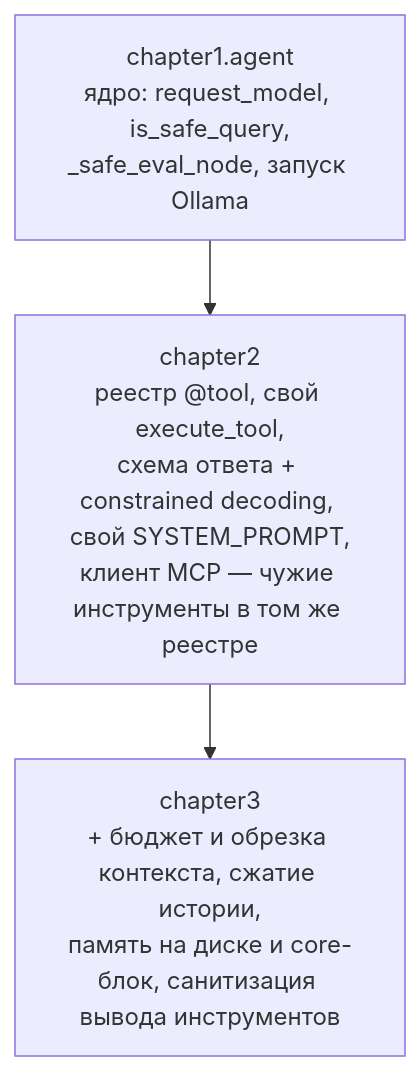
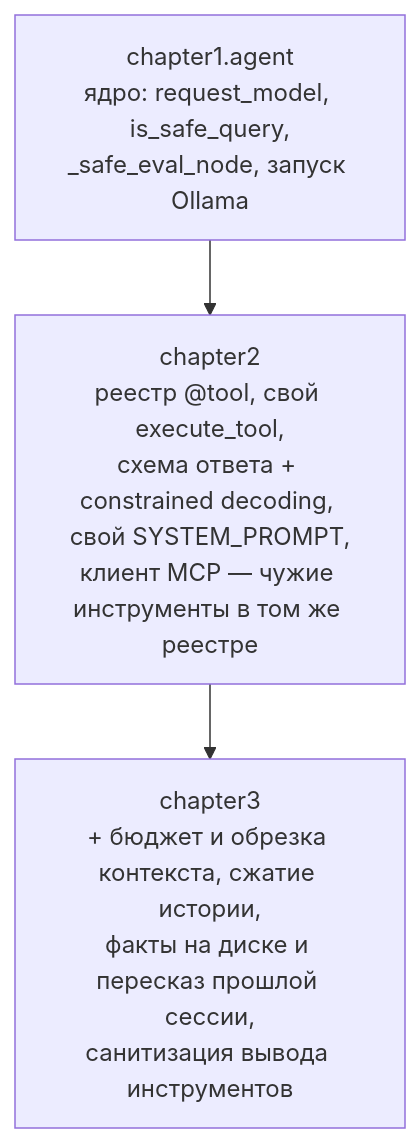
Before and after one commit to io982/firstAgent: the diagram in README.md, drawn with Mermaid. The commit also changed other lines of this file and 13 other files, not shown here.

````diff
--- a/README.md
+++ b/README.md
@@ -360,6 +360,6 @@
 ```mermaid
 graph TD
     Base["chapter1.agent<br/>ядро: request_model, is_safe_query,<br/>_safe_eval_node, запуск Ollama"]
     Base --> Ch2["chapter2<br/>реестр @tool, свой execute_tool,<br/>схема ответа + constrained decoding, свой SYSTEM_PROMPT,<br/>клиент MCP — чужие инструменты в том же реестре"]
-    Ch2 --> Ch3["chapter3<br/>+ бюджет и обрезка контекста, сжатие истории,<br/>память на диске и core-блок, санитизация вывода инструментов"]
+    Ch2 --> Ch3["chapter3<br/>+ бюджет и обрезка контекста, сжатие истории,<br/>факты на диске и пересказ прошлой сессии,<br/>санитизация вывода инструментов"]
 ```
````
